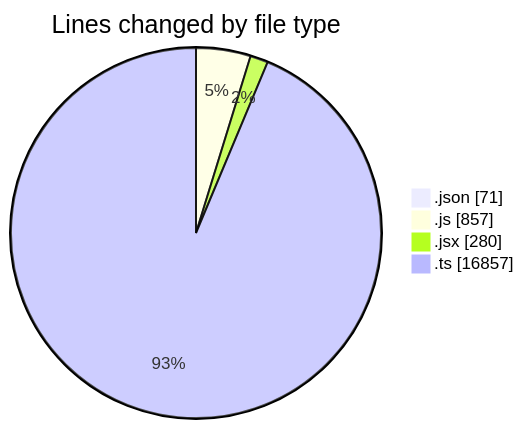
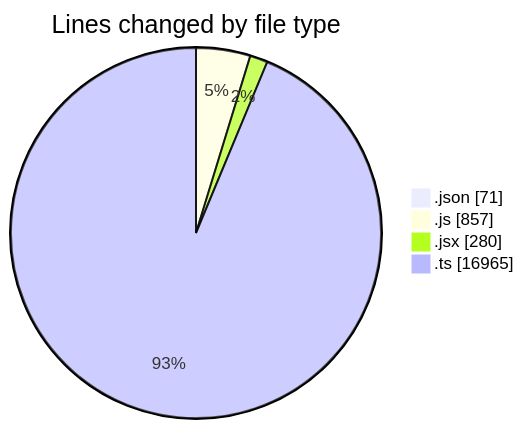
Before and after one commit to momahboobian/code-tracking: the first of 2 diagrams in 2025-05-13/cda/README.md, drawn with Mermaid. The commit also changed other lines of this file and 1 other file, not shown here.

````diff
--- a/2025-05-13/cda/README.md
+++ b/2025-05-13/cda/README.md
@@ -31,8 +31,8 @@
 ```mermaid
 pie showData
 title Lines changed by file type
 ".json" : 71
 ".js" : 857
 ".jsx" : 280
-".ts" : 16857
+".ts" : 16965
 ```
````
